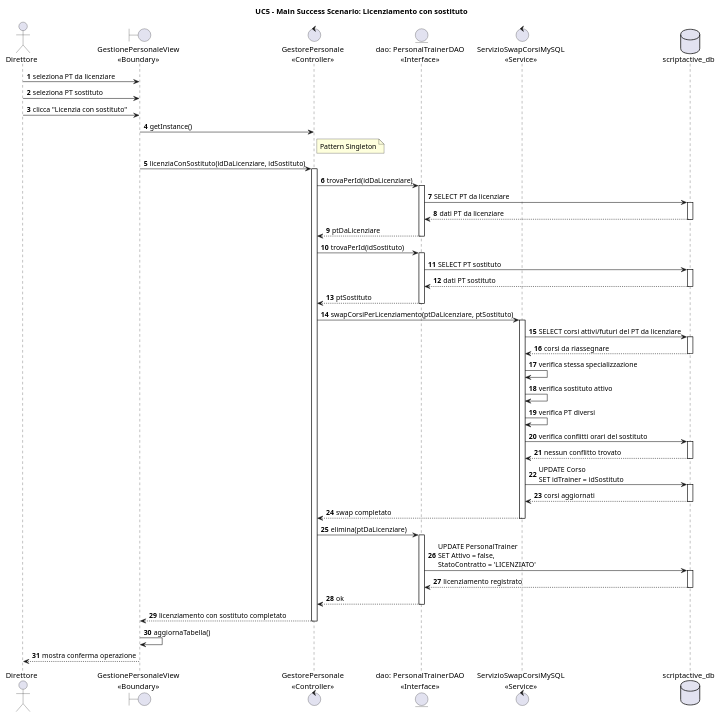
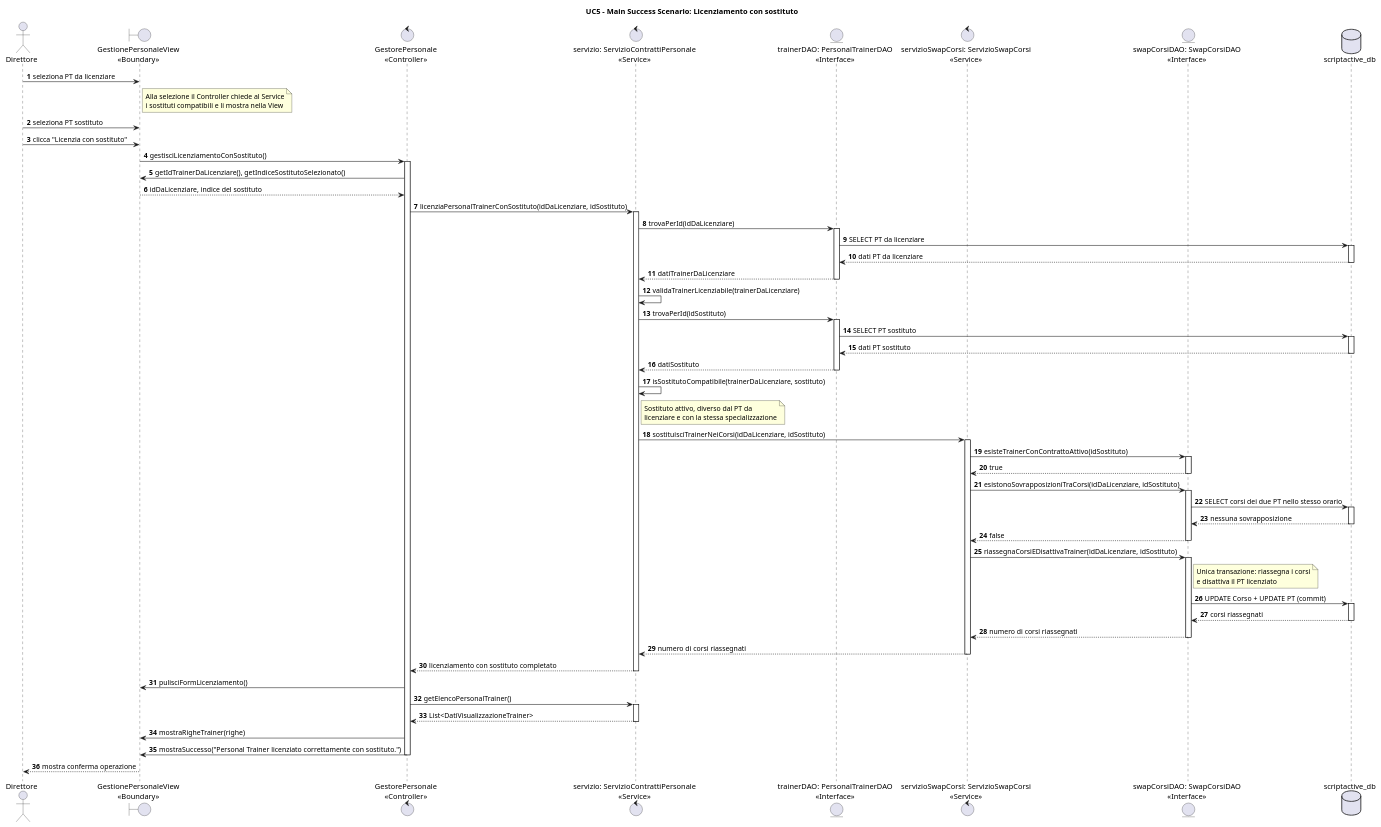
The third of 8 diagrams in ScriptActive/Documenti/08. Diagrammi di Sequenza/DSequenzaUC5.puml (svilu999/Progetto-ScriptActive), drawn with PlantUML before and after one commit. The commit also changed other lines of this file and 33 other files, not shown here.

First line of the commit message:
Allinea i diagrammi UML al codice attuale

```diff
--- a/ScriptActive/Documenti/08. Diagrammi di Sequenza/DSequenzaUC5.puml
+++ b/ScriptActive/Documenti/08. Diagrammi di Sequenza/DSequenzaUC5.puml
@@ -137,89 +175,105 @@
-@startuml SS3_LicenziamentoConSostituto
+@startuml DSequenzaUC5Main3
 title UC5 - Main Success Scenario: Licenziamento con sostituto
 
 autonumber
 
 actor "Direttore" as Direttore
 boundary "GestionePersonaleView\n<<Boundary>>" as View
 control "GestorePersonale\n<<Controller>>" as Controller
-entity "dao: PersonalTrainerDAO\n<<Interface>>" as PTDAO
-control "ServizioSwapCorsiMySQL\n<<Service>>" as SwapService
+control "servizio: ServizioContrattiPersonale\n<<Service>>" as Servizio
+entity "trainerDAO: PersonalTrainerDAO\n<<Interface>>" as PTDAO
+control "servizioSwapCorsi: ServizioSwapCorsi\n<<Service>>" as SwapService
+entity "swapCorsiDAO: SwapCorsiDAO\n<<Interface>>" as SwapDAO
 database "scriptactive_db" as DB
 
 Direttore -> View : seleziona PT da licenziare
+note right of View
+Alla selezione il Controller chiede al Service
+i sostituti compatibili e li mostra nella View
+end note
 Direttore -> View : seleziona PT sostituto
 Direttore -> View : clicca "Licenzia con sostituto"
 
-View -> Controller : getInstance()
-note right of Controller
-Pattern Singleton
-end note
-
-View -> Controller : licenziaConSostituto(idDaLicenziare, idSostituto)
+View -> Controller : gestisciLicenziamentoConSostituto()
 activate Controller
 
-Controller -> PTDAO : trovaPerId(idDaLicenziare)
+Controller -> View : getIdTrainerDaLicenziare(), getIndiceSostitutoSelezionato()
+View --> Controller : idDaLicenziare, indice del sostituto
+
+Controller -> Servizio : licenziaPersonalTrainerConSostituto(idDaLicenziare, idSostituto)
+activate Servizio
+
+Servizio -> PTDAO : trovaPerId(idDaLicenziare)
 activate PTDAO
-
 PTDAO -> DB : SELECT PT da licenziare
 activate DB
 DB --> PTDAO : dati PT da licenziare
 deactivate DB
-
-PTDAO --> Controller : ptDaLicenziare
+PTDAO --> Servizio : datiTrainerDaLicenziare
 deactivate PTDAO
 
-Controller -> PTDAO : trovaPerId(idSostituto)
+Servizio -> Servizio : validaTrainerLicenziabile(trainerDaLicenziare)
+
+Servizio -> PTDAO : trovaPerId(idSostituto)
 activate PTDAO
-
 PTDAO -> DB : SELECT PT sostituto
 activate DB
 DB --> PTDAO : dati PT sostituto
 deactivate DB
-
-PTDAO --> Controller : ptSostituto
+PTDAO --> Servizio : datiSostituto
 deactivate PTDAO
 
-Controller -> SwapService : swapCorsiPerLicenziamento(ptDaLicenziare, ptSostituto)
+Servizio -> Servizio : isSostitutoCompatibile(trainerDaLicenziare, sostituto)
+note right of Servizio
+Sostituto attivo, diverso dal PT da
+licenziare e con la stessa specializzazione
+end note
+
+Servizio -> SwapService : sostituisciTrainerNeiCorsi(idDaLicenziare, idSostituto)
 activate SwapService
 
-SwapService -> DB : SELECT corsi attivi/futuri del PT da licenziare
+SwapService -> SwapDAO : esisteTrainerConContrattoAttivo(idSostituto)
+activate SwapDAO
+SwapDAO --> SwapService : true
+deactivate SwapDAO
+
+SwapService -> SwapDAO : esistonoSovrapposizioniTraCorsi(idDaLicenziare, idSostituto)
+activate SwapDAO
+SwapDAO -> DB : SELECT corsi dei due PT nello stesso orario
 activate DB
-DB --> SwapService : corsi da riassegnare
+DB --> SwapDAO : nessuna sovrapposizione
 deactivate DB
+SwapDAO --> SwapService : false
+deactivate SwapDAO
 
-SwapService -> SwapService : verifica stessa specializzazione
-SwapService -> SwapService : verifica sostituto attivo
-SwapService -> SwapService : verifica PT diversi
+SwapService -> SwapDAO : riassegnaCorsiEDisattivaTrainer(idDaLicenziare, idSostituto)
+activate SwapDAO
+note right of SwapDAO
+Unica transazione: riassegna i corsi
+e disattiva il PT licenziato
+end note
+SwapDAO -> DB : UPDATE Corso + UPDATE PT (commit)
+activate DB
+DB --> SwapDAO : corsi riassegnati
+deactivate DB
+SwapDAO --> SwapService : numero di corsi riassegnati
+deactivate SwapDAO
 
-SwapService -> DB : verifica conflitti orari del sostituto
-activate DB
-DB --> SwapService : nessun conflitto trovato
-deactivate DB
-
-SwapService -> DB : UPDATE Corso\nSET idTrainer = idSostituto
-activate DB
-DB --> SwapService : corsi aggiornati
-deactivate DB
-
-SwapService --> Controller : swap completato
+SwapService --> Servizio : numero di corsi riassegnati
 deactivate SwapService
 
-Controller -> PTDAO : elimina(ptDaLicenziare)
-activate PTDAO
+Servizio --> Controller : licenziamento con sostituto completato
+deactivate Servizio
 
-PTDAO -> DB : UPDATE PersonalTrainer\nSET Attivo = false,\nStatoContratto = 'LICENZIATO'
-activate DB
-DB --> PTDAO : licenziamento registrato
-deactivate DB
-
-PTDAO --> Controller : ok
-deactivate PTDAO
-
-Controller --> View : licenziamento con sostituto completato
+Controller -> View : pulisciFormLicenziamento()
+Controller -> Servizio : getElencoPersonalTrainer()
+activate Servizio
+Servizio --> Controller : List<DatiVisualizzazioneTrainer>
+deactivate Servizio
+Controller -> View : mostraRigheTrainer(righe)
+Controller -> View : mostraSuccesso("Personal Trainer licenziato correttamente con sostituto.")
 deactivate Controller
 
-View -> View : aggiornaTabella()
 View --> Direttore : mostra conferma operazione
 
 @enduml
```
